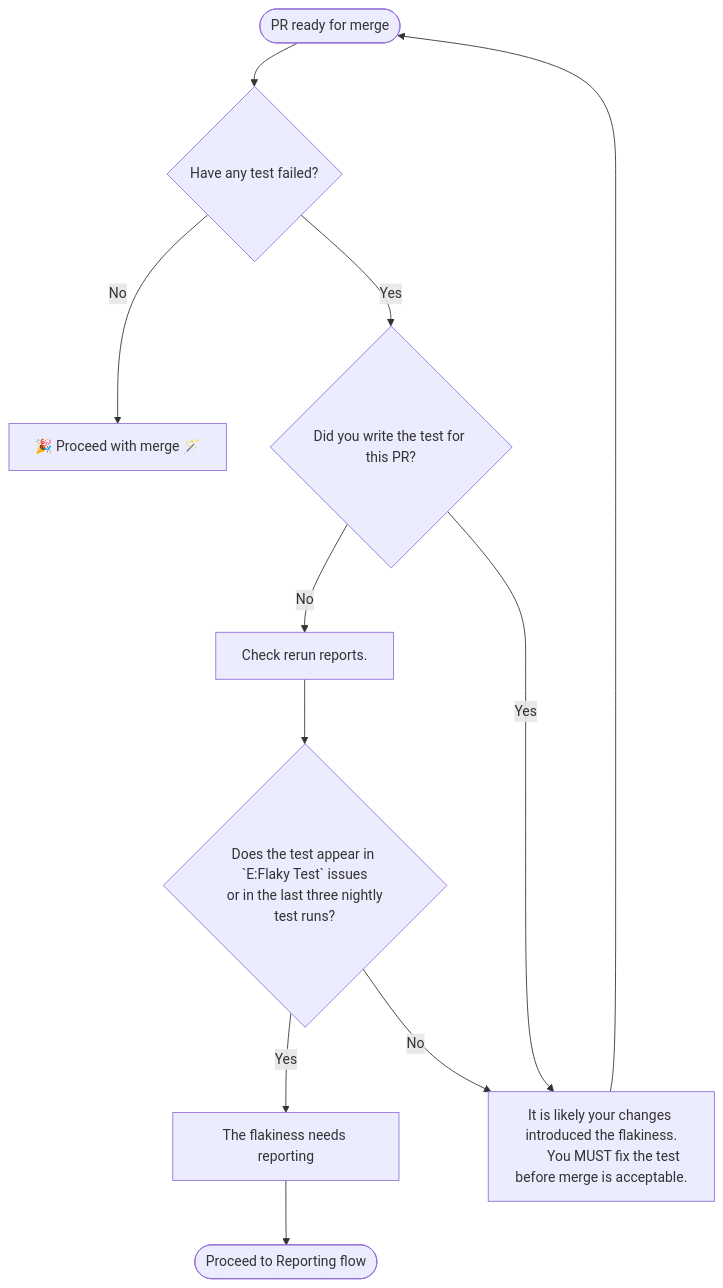
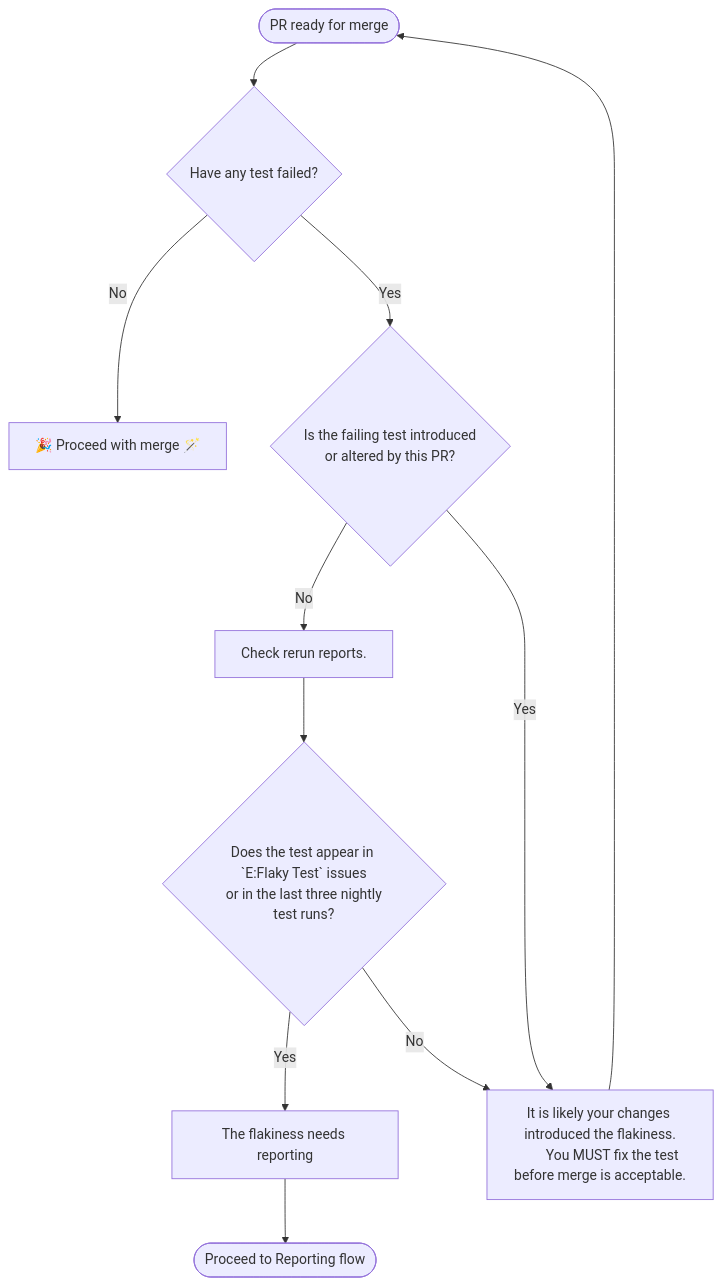
Before and after one commit to status-im/status-go: the first of 2 diagrams in _docs/policies/tests.md, drawn with Mermaid. The commit also changed other lines of this file, not shown here.

````diff
--- a/_docs/policies/tests.md
+++ b/_docs/policies/tests.md
@@ -38,16 +38,19 @@
 ```mermaid
 flowchart TB
     A([PR ready for merge]) --> B{Have any test failed?}
     B -->|No| C[🎉 Proceed with merge 🪄]
-    B -->|Yes| D{Did you write the test for this PR?}
+    B -->|Yes| D{
+        Is the failing test introduced
+        or altered by this PR?
+    }
     D -->|No| E[Check rerun reports.]
     D -->|Yes| F[
         It is likely your changes introduced the flakiness.
         You MUST fix the test before merge is acceptable.
     ]
     F --> A
     E --> G{Does the test appear in `E:Flaky Test` issues<br/> or in the last three nightly test runs?<br/>}
     G -->|Yes| I[The flakiness needs reporting]
     G -->|No| F
     I --> J([Proceed to Reporting flow])
 ```
````
